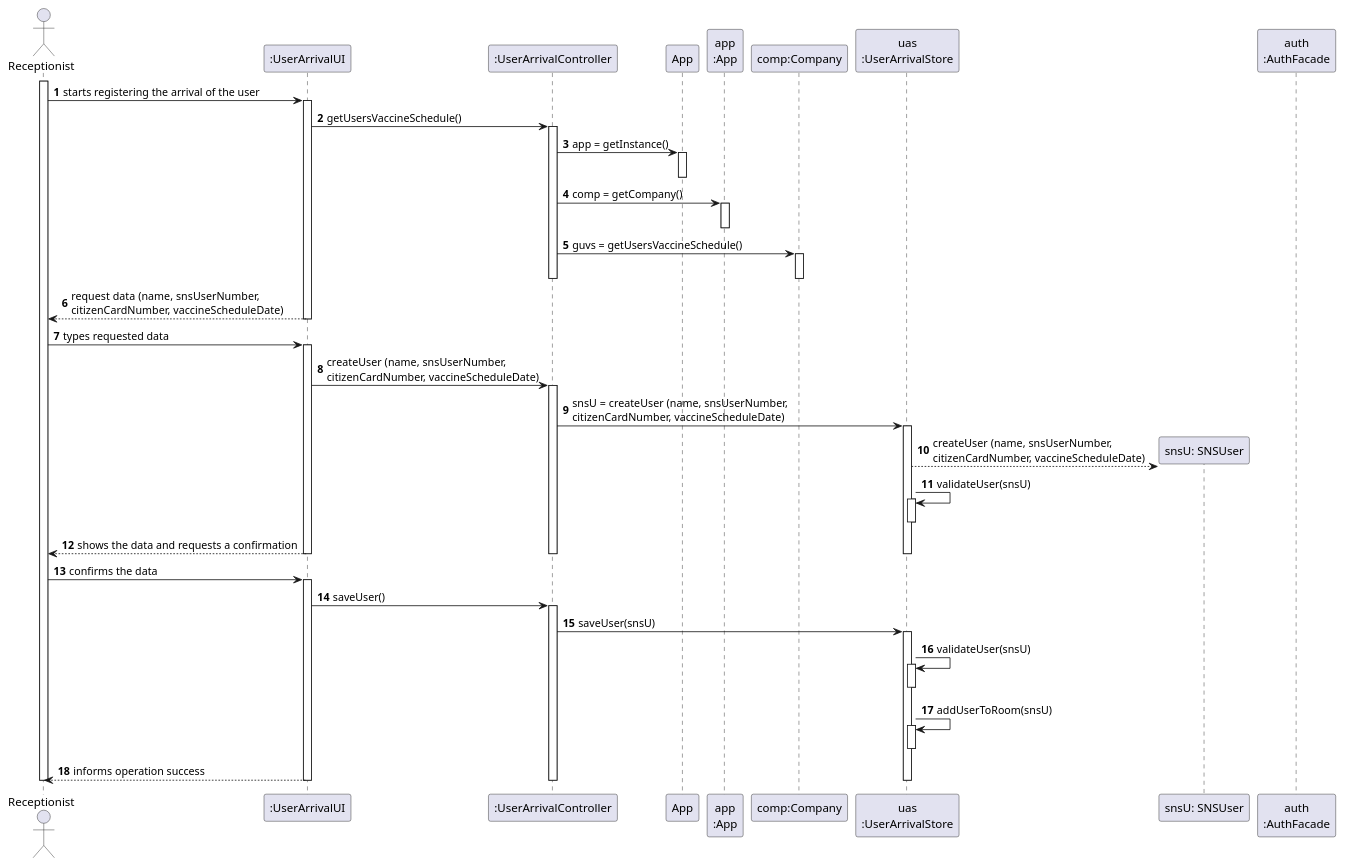
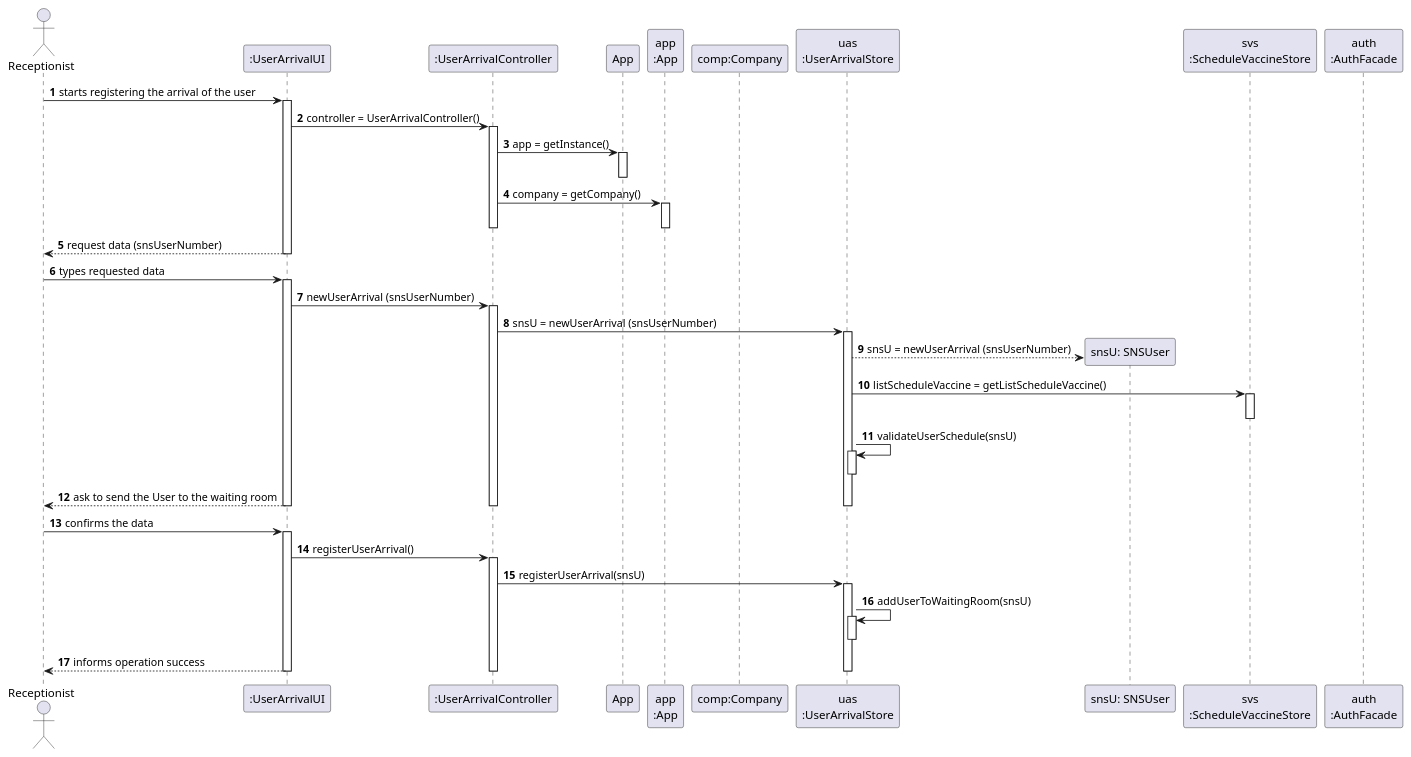
The diagram in docs/SprintC/US4/US4_SD.puml (diogonapoles/isep-lapr2), drawn with PlantUML before and after one commit. The commit also changed 13 other files, not shown here.

```diff
--- a/docs/SprintC/US4/US4_SD.puml
+++ b/docs/SprintC/US4/US4_SD.puml
@@ -1,82 +1,82 @@
 @startuml
 autonumber
 actor "Receptionist" as RCP
 
 
 participant ":UserArrivalUI" as UI
 participant ":UserArrivalController" as CTRL
 participant "App" as APP
 participant "app\n:App" as App
 participant "comp:Company" as COMP
 participant "uas\n:UserArrivalStore" as UAS
 participant "snsU: SNSUser" as snsU
+participant "svs\n:ScheduleVaccineStore" as SVS
 participant "auth\n:AuthFacade" as AF
 
 
 
-activate RCP
+
 RCP -> UI : starts registering the arrival of the user
 activate UI
-UI -> CTRL : getUsersVaccineSchedule()
+UI -> CTRL : controller = UserArrivalController()
 activate CTRL
 CTRL -> APP : app = getInstance()
 activate APP
 deactivate APP
-CTRL -> App : comp = getCompany()
+CTRL -> App : company = getCompany()
 activate App
 deactivate App
-CTRL -> COMP : guvs = getUsersVaccineSchedule()
-activate COMP
-deactivate COMP
+
 deactivate CTRL
 
 
-UI --> RCP : request data (name, snsUserNumber, \ncitizenCardNumber, vaccineScheduleDate)
+UI --> RCP : request data (snsUserNumber)
 
 deactivate UI
 
 RCP -> UI : types requested data
 activate UI
 
-UI -> CTRL : createUser (name, snsUserNumber, \ncitizenCardNumber, vaccineScheduleDate)
+UI -> CTRL : newUserArrival (snsUserNumber)
 activate CTRL
 
-CTRL -> UAS : snsU = createUser (name, snsUserNumber, \ncitizenCardNumber, vaccineScheduleDate)
+CTRL -> UAS : snsU = newUserArrival (snsUserNumber)
 activate UAS
 
-UAS --> snsU** : createUser (name, snsUserNumber, \ncitizenCardNumber, vaccineScheduleDate)
+UAS --> snsU** : snsU = newUserArrival (snsUserNumber)
 
-UAS -> UAS : validateUser(snsU)
+UAS -> SVS: listScheduleVaccine = getListScheduleVaccine()
+activate SVS
+deactivate SVS
+
+
+UAS -> UAS : validateUserSchedule(snsU)
 activate UAS
 deactivate UAS
 
-UI --> RCP : shows the data and requests a confirmation
+UI --> RCP : ask to send the User to the waiting room
 deactivate UI
 deactivate CTRL
 deactivate UAS
 
 RCP -> UI : confirms the data
 activate UI
 
-UI -> CTRL : saveUser()
+UI -> CTRL : registerUserArrival()
 activate CTRL
 
-CTRL -> UAS: saveUser(snsU)
+CTRL -> UAS: registerUserArrival(snsU)
 activate UAS
 
-UAS -> UAS : validateUser(snsU)
-activate UAS
-deactivate UAS
-
-UAS -> UAS : addUserToRoom(snsU)
+UAS -> UAS : addUserToWaitingRoom(snsU)
 activate UAS
 deactivate UAS
 
 
 UI --> RCP : informs operation success
 deactivate UAS
 deactivate CTRL
 deactivate UI
 deactivate RCP
 
 @enduml
```
